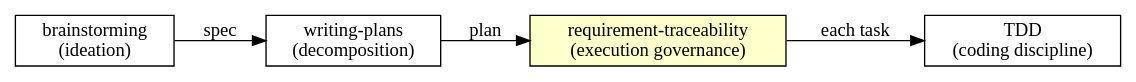
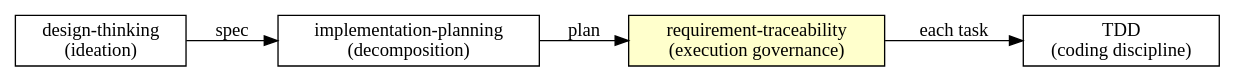
One commit to xuanhoa88/xnapify changed the first of 2 diagrams in .agent/skills/requirement-traceability/SKILL.md. Above: the diagram before and after it, drawn with Graphviz. The commit also changed other lines of this file and 81 other files, not shown here.

````diff
--- a/.agent/skills/requirement-traceability/SKILL.md
+++ b/.agent/skills/requirement-traceability/SKILL.md
@@ -29,13 +29,13 @@
 ```dot
 digraph rt_pipeline {
     rankdir=LR;
-    brainstorming [label="brainstorming\n(ideation)", shape=box];
-    writing_plans [label="writing-plans\n(decomposition)", shape=box];
+    design_thinking [label="design-thinking\n(ideation)", shape=box];
+    implementation_planning [label="implementation-planning\n(decomposition)", shape=box];
     rt [label="requirement-traceability\n(execution governance)", shape=box, style=filled, fillcolor="#ffffcc"];
     tdd [label="TDD\n(coding discipline)", shape=box];
 
-    brainstorming -> writing_plans [label="spec"];
-    writing_plans -> rt [label="plan"];
+    design_thinking -> implementation_planning [label="spec"];
+    implementation_planning -> rt [label="plan"];
     rt -> tdd [label="each task"];
 }
 ```
````
